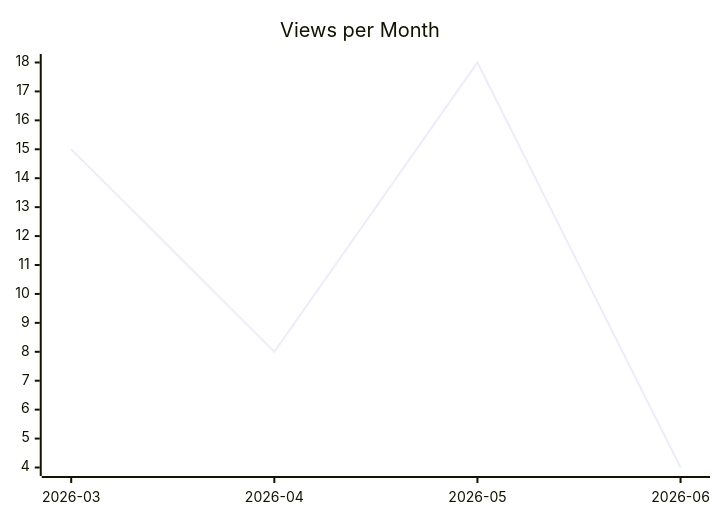
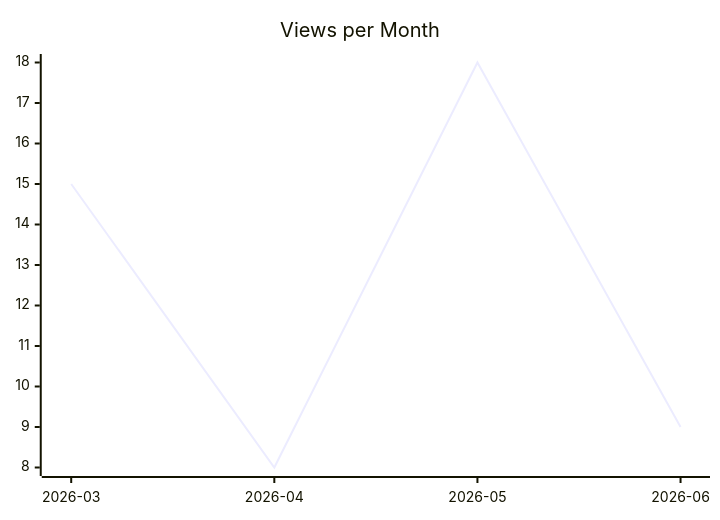
One commit to justdavis-family/github-analytics-data changed the second of 3 diagrams in karlmdavis/xmlpull/README.md. Above: the diagram before and after it, drawn with Mermaid. The commit also changed other lines of this file and 198 other files, not shown here.

````diff
--- a/karlmdavis/xmlpull/README.md
+++ b/karlmdavis/xmlpull/README.md
@@ -12,6 +12,6 @@
 ```mermaid
 xychart-beta
   title "Views per Month"
   x-axis ["2026-03", "2026-04", "2026-05", "2026-06"]
-  line [15, 8, 18, 4]
+  line [15, 8, 18, 9]
 ```
````
